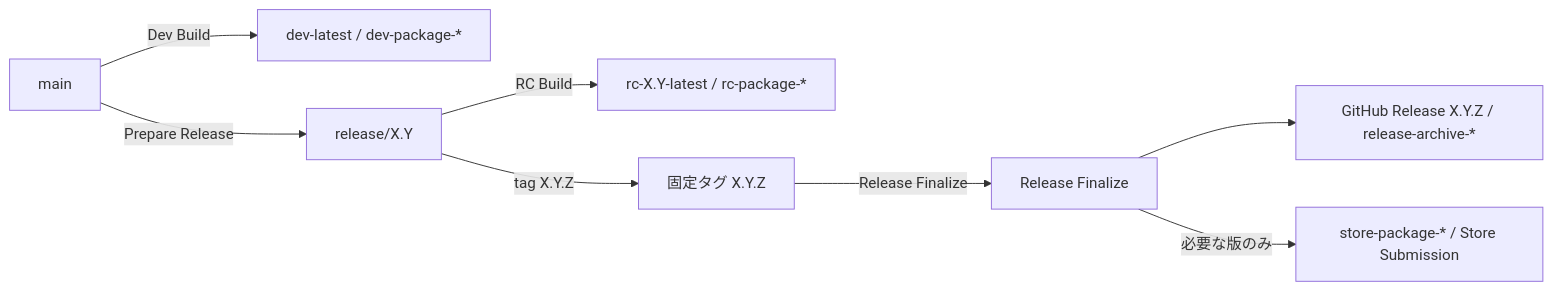
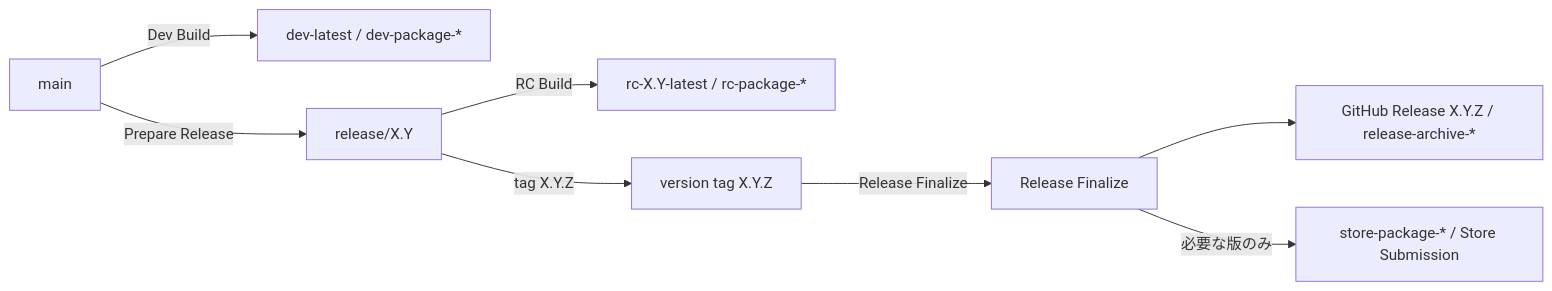
One commit to tnagata012/ClipSave changed the diagram in docs/release/ReleaseProcess.md. Above: the diagram before and after it, drawn with Mermaid. The commit also changed other lines of this file and 23 other files, not shown here.

````diff
--- a/docs/release/ReleaseProcess.md
+++ b/docs/release/ReleaseProcess.md
@@ -30,10 +30,10 @@
 ```mermaid
 flowchart LR
   main[main] -->|Dev Build| dev[dev-latest / dev-package-*]
   main -->|Prepare Release| release[release/X.Y]
   release -->|RC Build| rc[rc-X.Y-latest / rc-package-*]
-  release -->|tag X.Y.Z| tag[固定タグ X.Y.Z]
+  release -->|tag X.Y.Z| tag[version tag X.Y.Z]
   tag -->|Release Finalize| finalize[Release Finalize]
   finalize --> archive[GitHub Release X.Y.Z / release-archive-*]
   finalize -->|必要な版のみ| store[store-package-* / Store Submission]
 ```
````
